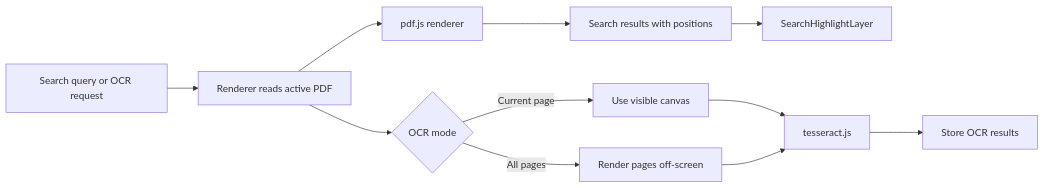
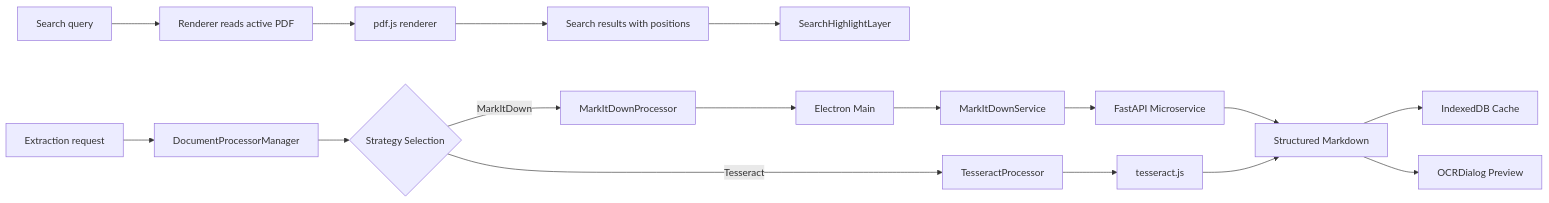
Before and after one commit to jana1998/portable-document-formatter: the sixth of 8 diagrams in ARCHITECTURE.md, drawn with Mermaid. The commit also changed other lines of this file and 4 other files, not shown here.

Commit message:
docs: finalize Phase 1 kickoff artifacts and update architecture for MarkItDown integration

````diff
--- a/ARCHITECTURE.md
+++ b/ARCHITECTURE.md
@@ -217,14 +259,23 @@
 ```mermaid
 flowchart LR
-    Query[Search query or OCR request] --> RendererRead[Renderer reads active PDF]
+    Query[Search query] --> RendererRead[Renderer reads active PDF]
     RendererRead --> PDFJS[pdf.js renderer]
     PDFJS --> SearchResults[Search results with positions]
     SearchResults --> SearchLayer[SearchHighlightLayer]
 
-    RendererRead --> OCRMode{OCR mode}
-    OCRMode -->|Current page| VisibleCanvas[Use visible canvas]
-    OCRMode -->|All pages| Offscreen[Render pages off-screen]
-    VisibleCanvas --> Tesseract[tesseract.js]
-    Offscreen --> Tesseract
-    Tesseract --> OCRStore[Store OCR results]
+    Request[Extraction request] --> ProcessorManager[DocumentProcessorManager]
+    ProcessorManager --> Strategy{Strategy Selection}
+    Strategy -->|MarkItDown| MIDProcessor[MarkItDownProcessor]
+    Strategy -->|Tesseract| TessProcessor[TesseractProcessor]
+    
+    MIDProcessor --> Main[Electron Main]
+    Main --> MIDService[MarkItDownService]
+    MIDService --> FastAPI[FastAPI Microservice]
+    
+    TessProcessor --> TessJS[tesseract.js]
+    
+    FastAPI --> Results[Structured Markdown]
+    TessJS --> Results
+    Results --> Cache[IndexedDB Cache]
+    Results --> UI[OCRDialog Preview]
 ```
````
